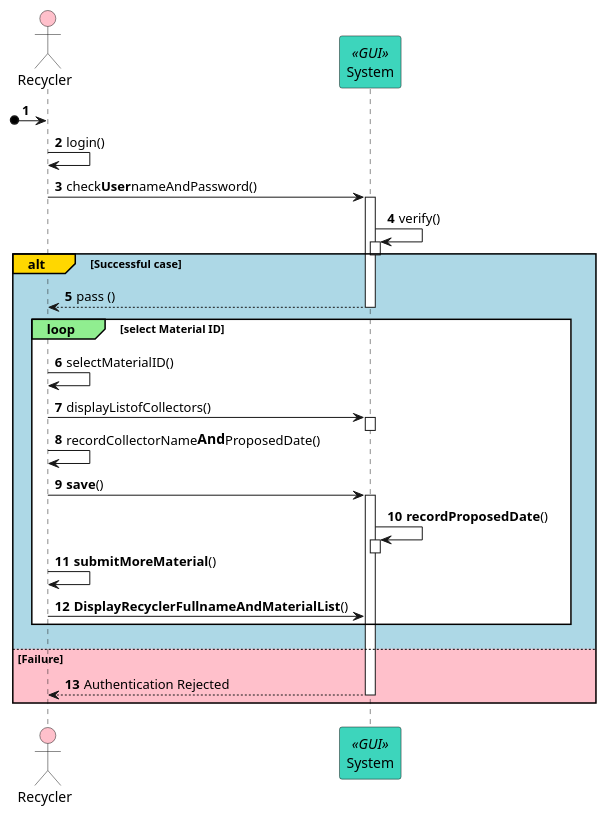
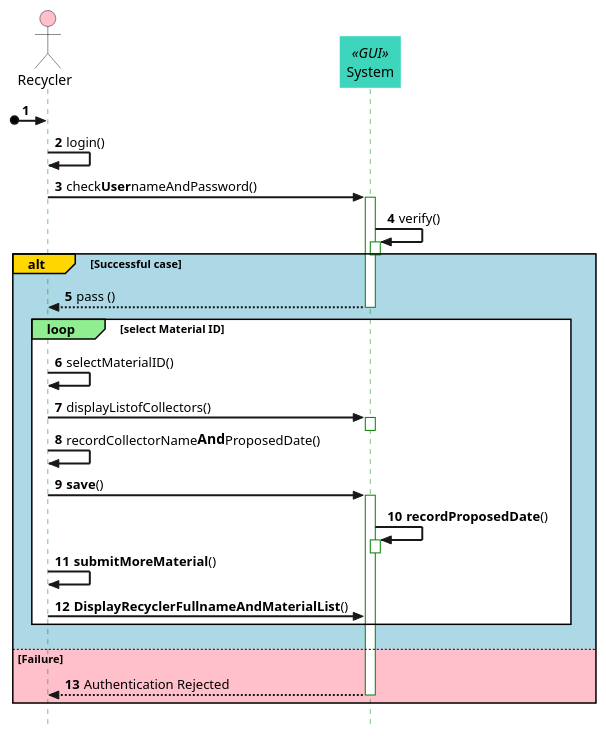
The diagram in docs/uml/PlantUML/sequence diagram/make appointment for submission.puml (MehmoodHashmi/Documentation-as-Code-DaC), drawn with PlantUML before and after one commit.

Commit message:
fixed plantuml file

```diff
--- a/docs/uml/PlantUML/sequence diagram/make appointment for submission.puml
+++ b/docs/uml/PlantUML/sequence diagram/make appointment for submission.puml
@@ -1,39 +1,66 @@
 @startuml
 
+
 !pragma teoz true
+hide footbox
+skinparam style strictuml
+
+skinparam participant {
+    BackgroundColor AWS_BG_COLOR
+    BorderColor AWS_BORDER_COLOR
+    RoundCorner 0
+}
+skinparam sequence {
+    ArrowThickness 2
+    LifeLineBorderColor #green
+    MessageAlignment left
+}
+skinparam note {
+  TextAlignment left
+  BorderColor AWS_COLOR
+ }
+
+skinparam WrapWidth 300
+skinparam MaxMessageSize 600
+
+
+skinparam note<<ReturnIcon>> {
+  BorderColor #Transparent
+  BackgroundColor #Transparent
+}
 
 autonumber
-actor Recycler #pink
+actor Recycler  #pink
 participant System <<GUI>> #0acaabc9
 
 [o-> Recycler
 Recycler -> Recycler : login()
 Recycler -> System ++: check<b>User</b>nameAndPassword()
 
     System -> System ++: verify()
     deactivate System
 
 alt#Gold #LightBlue Successful case
     System --> Recycler --: pass ()
 
     loop#lightgreen #white select Material ID
         Recycler -> Recycler : selectMaterialID()
         Recycler -> System ++: displayListofCollectors()
             deactivate System
 
         Recycler -> Recycler : recordCollectorName<size:14><b>And</b></size>ProposedDate()
         Recycler -> System ++: <b>save</b>()
 
         System -> System ++: <b>recordProposedDate</b>()
             deactivate System
 
         Recycler -> Recycler : <b>submitMoreMaterial</b>()
         Recycler -> System : <b>DisplayRecyclerFullnameAndMaterialList</b>()
     end
 
 else #Pink Failure
      System --> Recycler: Authentication Rejected
         deactivate System
 end
 
 @enduml
```
